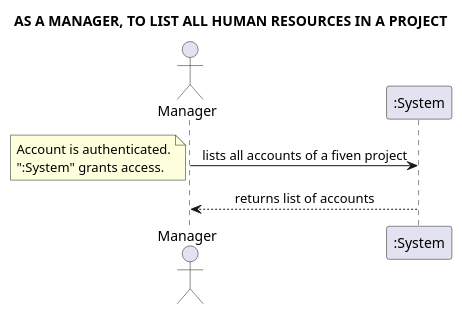
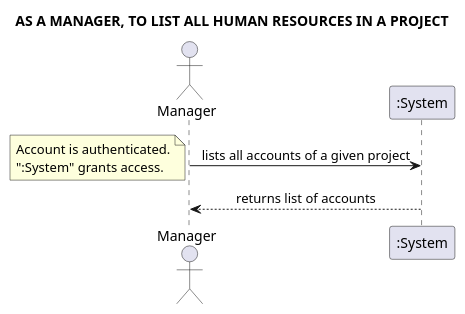
One commit to Loracline/project_switch_22-23 changed diagram 32 of 35 in docs/requirements_gathering/system_sequence_diagrams/systemSequenceDiagram.puml. Above: the diagram before and after it, drawn with PlantUML. The commit also changed other lines of this file and 7 other files, not shown here.

```diff
--- a/docs/requirements_gathering/system_sequence_diagrams/systemSequenceDiagram.puml
+++ b/docs/requirements_gathering/system_sequence_diagrams/systemSequenceDiagram.puml
@@ -460,11 +481,11 @@
 @startuml
 skinparam sequenceMessageAlign center
 title AS A MANAGER, TO LIST ALL HUMAN RESOURCES IN A PROJECT
 actor "Manager"
-"Manager" -> ":System": lists all accounts of a fiven project
+"Manager" -> ":System": lists all accounts of a given project
 note left
 Account is authenticated.
 ":System" grants access.
 end note
 "Manager" <-- ":System": returns list of accounts
 @enduml
```
